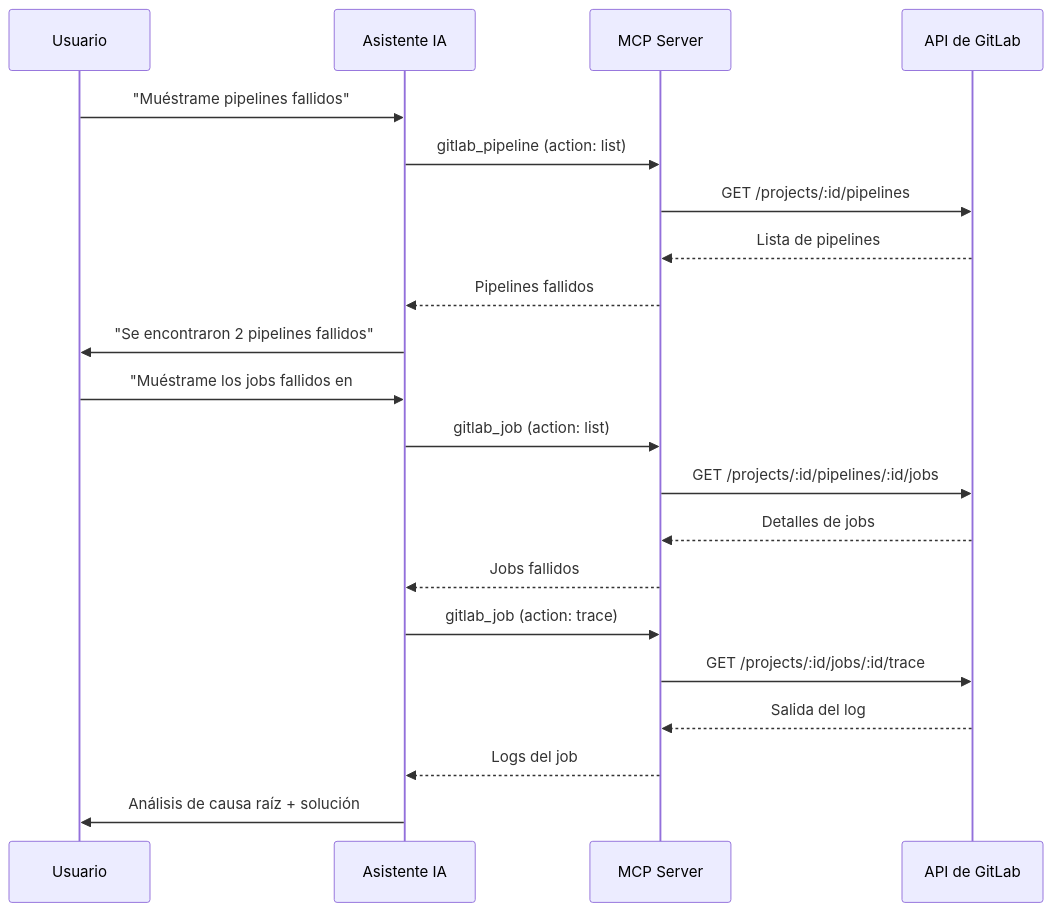
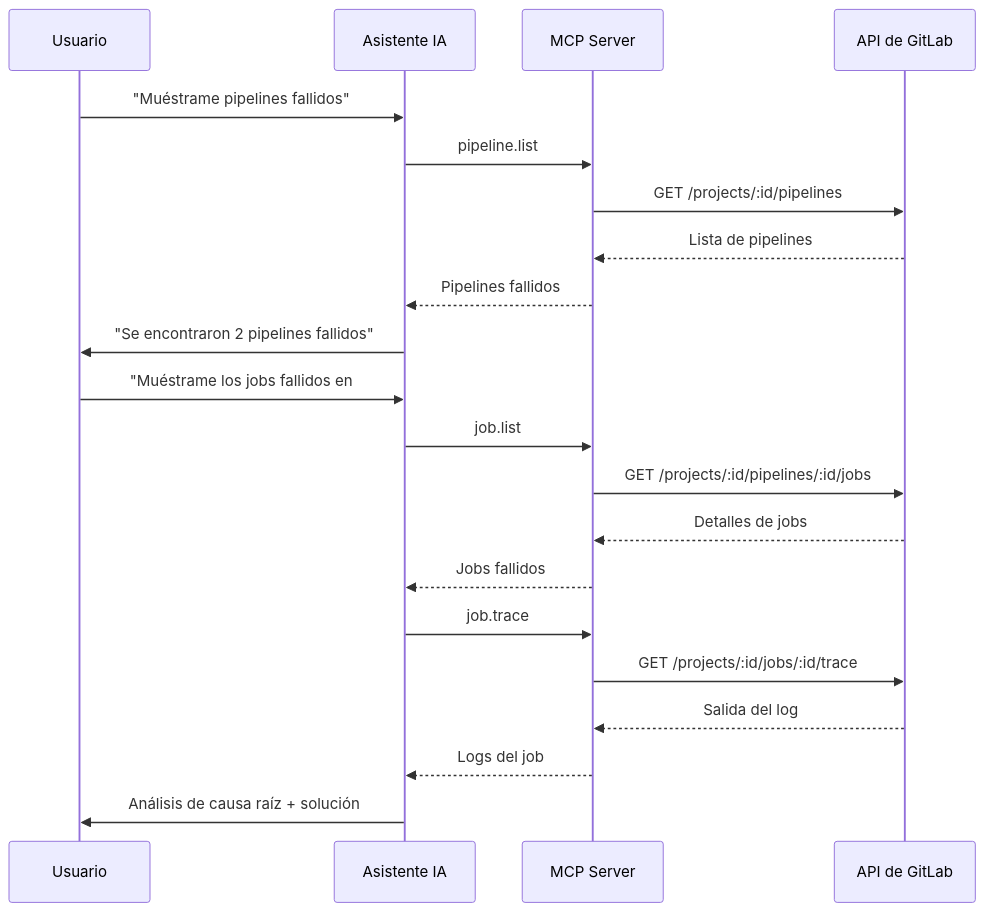
Before and after one commit to jmrplens/gitlab-mcp-server: the diagram in site/src/content/docs/es/examples/ci-cd-workflows.mdx, drawn with Mermaid. The commit also changed other lines of this file and 115 other files, not shown here.

````diff
--- a/site/src/content/docs/es/examples/ci-cd-workflows.mdx
+++ b/site/src/content/docs/es/examples/ci-cd-workflows.mdx
@@ -43,24 +43,24 @@
 ```mermaid
 sequenceDiagram
     participant U as Usuario
     participant AI as Asistente IA
     participant MCP as MCP Server
     participant GL as API de GitLab
 
     U->>AI: "Muéstrame pipelines fallidos"
-    AI->>MCP: gitlab_pipeline (action: list)
+    AI->>MCP: pipeline.list
     MCP->>GL: GET /projects/:id/pipelines
     GL-->>MCP: Lista de pipelines
     MCP-->>AI: Pipelines fallidos
     AI->>U: "Se encontraron 2 pipelines fallidos"
     U->>AI: "Muéstrame los jobs fallidos en #45892"
-    AI->>MCP: gitlab_job (action: list)
+    AI->>MCP: job.list
     MCP->>GL: GET /projects/:id/pipelines/:id/jobs
     GL-->>MCP: Detalles de jobs
     MCP-->>AI: Jobs fallidos
-    AI->>MCP: gitlab_job (action: trace)
+    AI->>MCP: job.trace
     MCP->>GL: GET /projects/:id/jobs/:id/trace
     GL-->>MCP: Salida del log
     MCP-->>AI: Logs del job
     AI->>U: Análisis de causa raíz + solución
 ```
````
